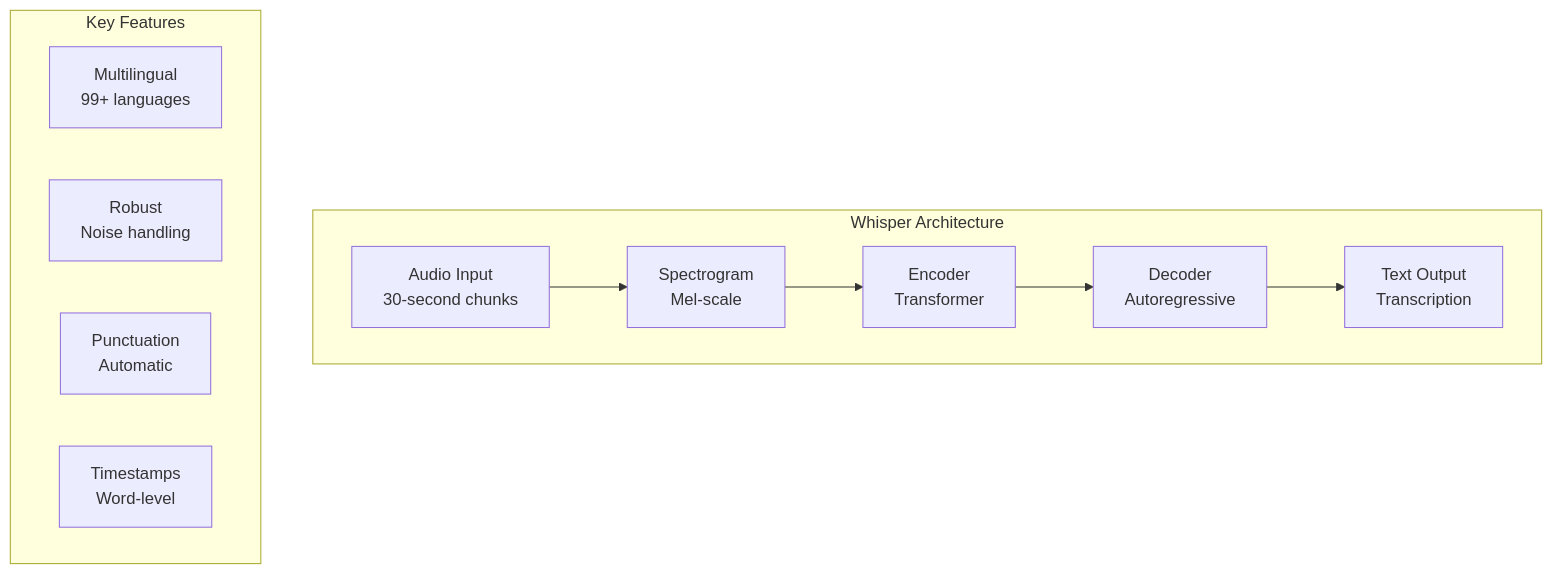
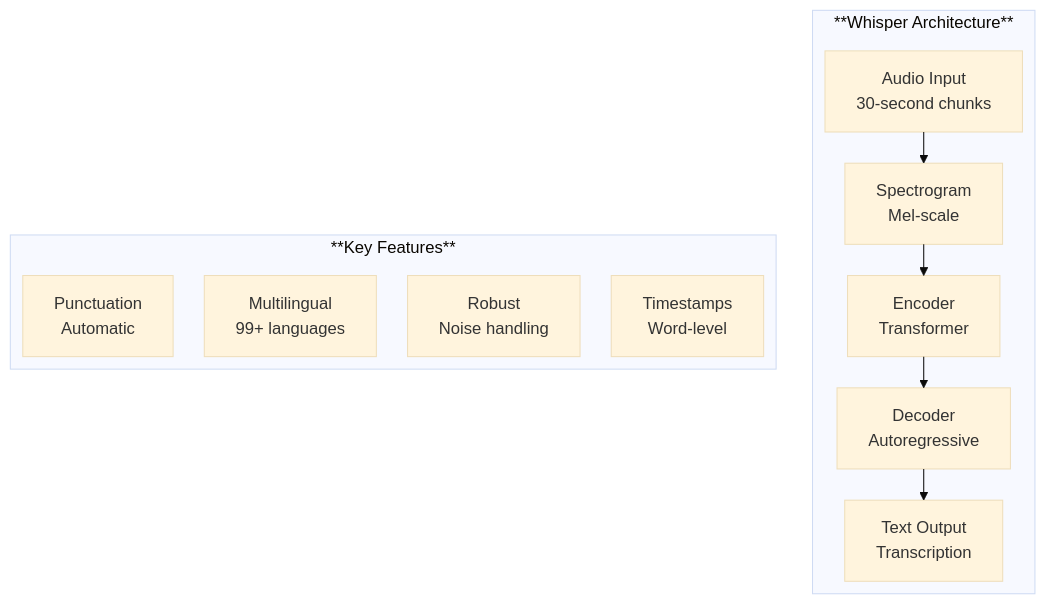
One commit to Vineet-Sharma-Medium-Stories/Medium-Build-Tool changed the diagram in The 2026 AI Metromap/The 2026 AI Metromap: Voice Assistants & Speech Models – Making AI Talk.md. Above: the diagram before and after it, drawn with Mermaid. The commit also changed 37 other files, not shown here.

````diff
--- a/The 2026 AI Metromap/The 2026 AI Metromap: Voice Assistants & Speech Models – Making AI Talk.md
+++ b/The 2026 AI Metromap/The 2026 AI Metromap: Voice Assistants & Speech Models – Making AI Talk.md
@@ -85,16 +85,21 @@
 ```mermaid
+---
+config:
+  theme: base
+  layout: elk
+---
 graph TD
-    subgraph "Whisper Architecture"
+    subgraph "**Whisper Architecture**"
         A[Audio Input<br/>30-second chunks] --> S[Spectrogram<br/>Mel-scale]
         S --> E[Encoder<br/>Transformer]
         E --> D[Decoder<br/>Autoregressive]
         D --> T[Text Output<br/>Transcription]
     end
     
-    subgraph "Key Features"
+    subgraph "**Key Features**"
         F1[Multilingual<br/>99+ languages]
         F2[Robust<br/>Noise handling]
         F3[Punctuation<br/>Automatic]
         F4[Timestamps<br/>Word-level]
     end
 ```
````
